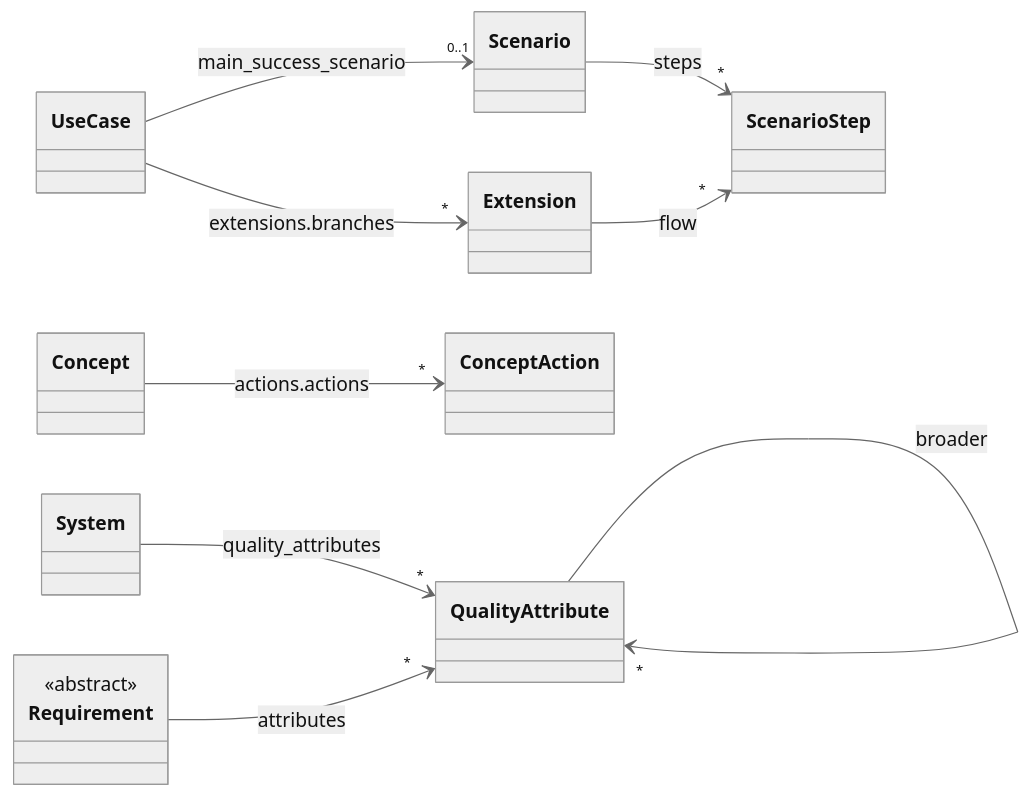
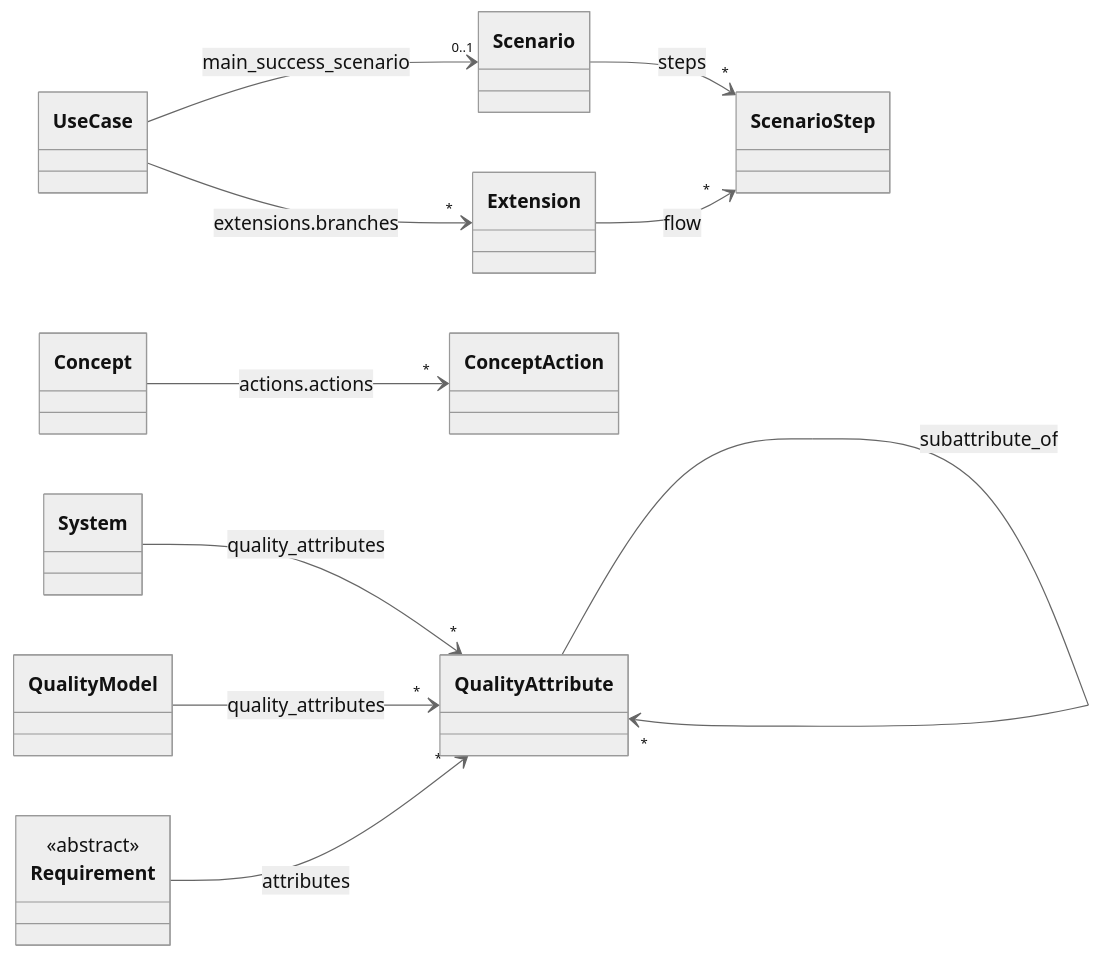
The third of 4 diagrams in docs/reference/model/core.md (craigsmitham/dotspec), drawn with Mermaid (neutral theme) before and after one commit. The commit also changed other lines of this file and 67 other files, not shown here.

First line of the commit message:
Add reusable quality models and multi-valued attribute groupings

````diff
--- a/docs/reference/model/core.md
+++ b/docs/reference/model/core.md
@@ -70,22 +71,24 @@
 ```mermaid
 classDiagram
     direction LR
     class UseCase
     class Scenario
     class ScenarioStep
     class Extension
     class Concept
     class ConceptAction
     class System
+    class QualityModel
     class QualityAttribute
     class Requirement
     <<abstract>> Requirement
     UseCase --> "0..1" Scenario : main_success_scenario
     UseCase --> "*" Extension : extensions.branches
     Scenario --> "*" ScenarioStep : steps
     Extension --> "*" ScenarioStep : flow
     Concept --> "*" ConceptAction : actions.actions
     System --> "*" QualityAttribute : quality_attributes
-    QualityAttribute --> "*" QualityAttribute : broader
+    QualityModel --> "*" QualityAttribute : quality_attributes
+    QualityAttribute --> "*" QualityAttribute : subattribute_of
     Requirement --> "*" QualityAttribute : attributes
 ```
````
